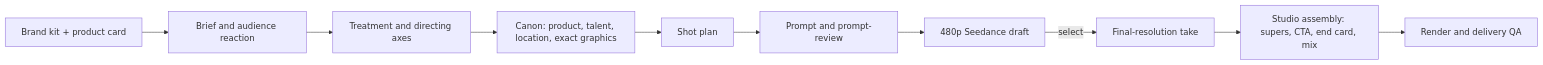
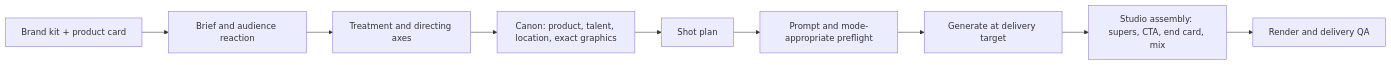
One commit to byteplus-sa/seed-marketing-studio changed the first of 3 diagrams in README.md. Above: the diagram before and after it, drawn with Mermaid. The commit also changed other lines of this file and 27 other files, not shown here.

````diff
--- a/README.md
+++ b/README.md
@@ -54,12 +54,11 @@
 ```mermaid
 flowchart LR
   K[Brand kit + product card] --> A[Brief and audience reaction]
   A --> B[Treatment and directing axes]
   B --> C[Canon: product, talent, location, exact graphics]
   C --> D[Shot plan]
-  D --> E[Prompt and prompt-review]
-  E --> F[480p Seedance draft]
-  F -->|select| G[Final-resolution take]
+  D --> E[Prompt and mode-appropriate preflight]
+  E --> G[Generate at delivery target]
   G --> H[Studio assembly: supers, CTA, end card, mix]
   H --> I[Render and delivery QA]
 ```
````
